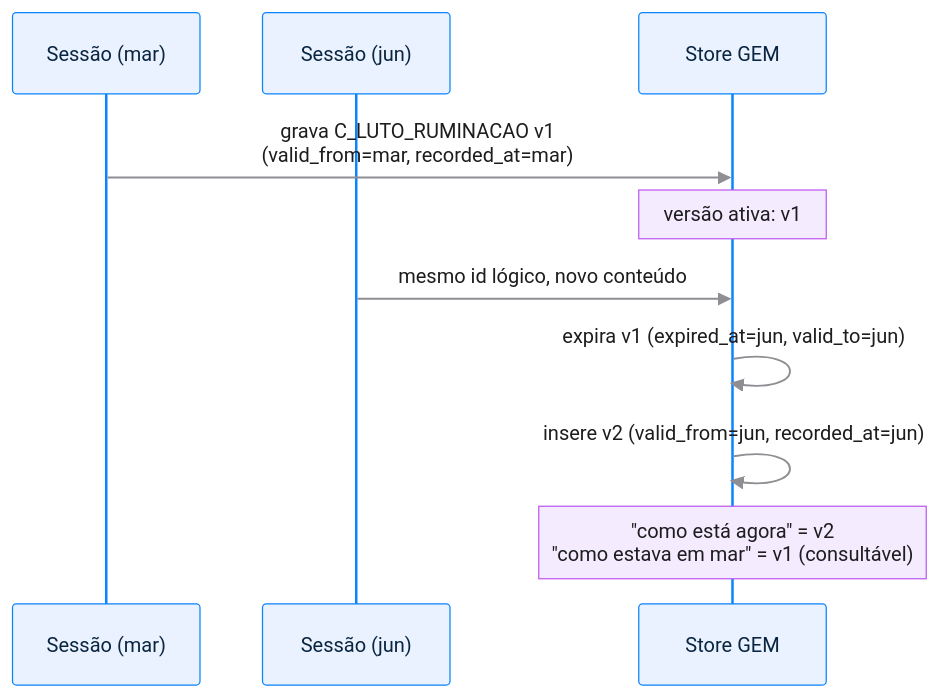
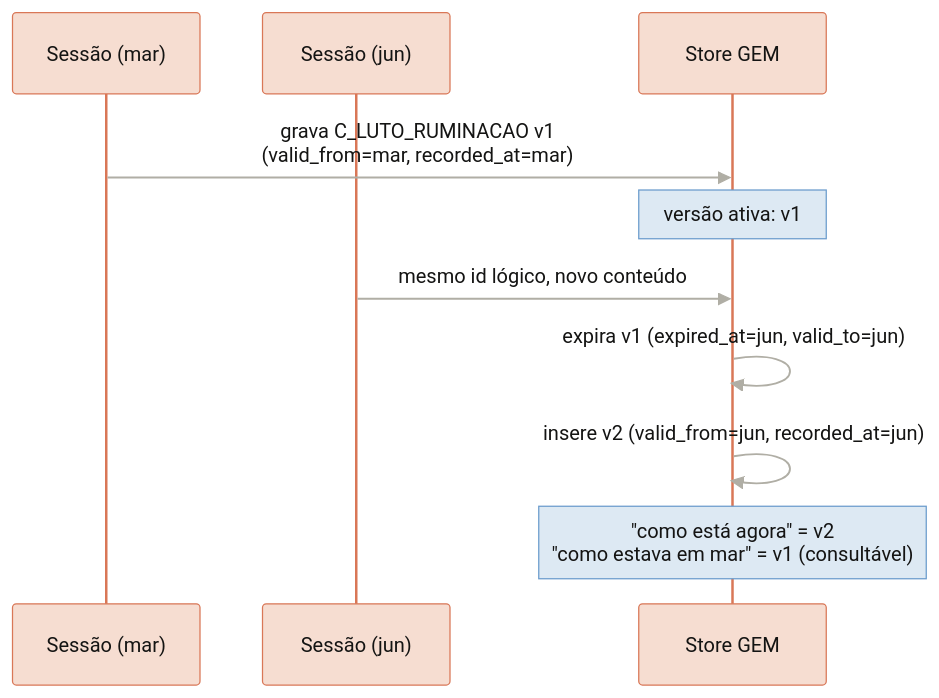
Before and after one commit to myselfgus/patient-memory: the third of 8 diagrams in README.md, drawn with Mermaid. The commit also changed other lines of this file, not shown here.

Commit message:
style(readme): aplica identidade de marca Anthropic (Poppins + paleta areia/tinta + acentos orange/blue/green); remove mindmap do Espaco Mental

````diff
--- a/README.md
+++ b/README.md
@@ -129,14 +125,14 @@
 ```mermaid
-%%{init: {"theme":"base","themeVariables":{"fontFamily":"-apple-system, BlinkMacSystemFont, Segoe UI, Helvetica, Arial, sans-serif","fontSize":"14px","actorBkg":"#EAF2FF","actorBorder":"#0A84FF","actorTextColor":"#0A2540","signalColor":"#8E8E93","signalTextColor":"#1D1D1F","noteBkgColor":"#F4EBFF","noteBorderColor":"#BF5AF2","noteTextColor":"#1D1D1F","sequenceNumberColor":"#FFFFFF"}}}%%
+%%{init: {"theme":"base","themeVariables":{"fontFamily":"Poppins, Arial, Helvetica, sans-serif","fontSize":"14px","actorBkg":"#f6ddd1","actorBorder":"#d97757","actorTextColor":"#141413","signalColor":"#b0aea5","signalTextColor":"#141413","noteBkgColor":"#dde9f3","noteBorderColor":"#6a9bcc","noteTextColor":"#141413","sequenceNumberColor":"#faf9f5"}}}%%
 sequenceDiagram
     participant S2 as Sessão (mar)
     participant S5 as Sessão (jun)
     participant DB as Store GEM
 
     S2->>DB: grava C_LUTO_RUMINACAO v1<br/>(valid_from=mar, recorded_at=mar)
     Note over DB: versão ativa: v1
     S5->>DB: mesmo id lógico, novo conteúdo
     DB->>DB: expira v1 (expired_at=jun, valid_to=jun)
     DB->>DB: insere v2 (valid_from=jun, recorded_at=jun)
     Note over DB: "como está agora" = v2<br/>"como estava em mar" = v1 (consultável)
 ```
````
